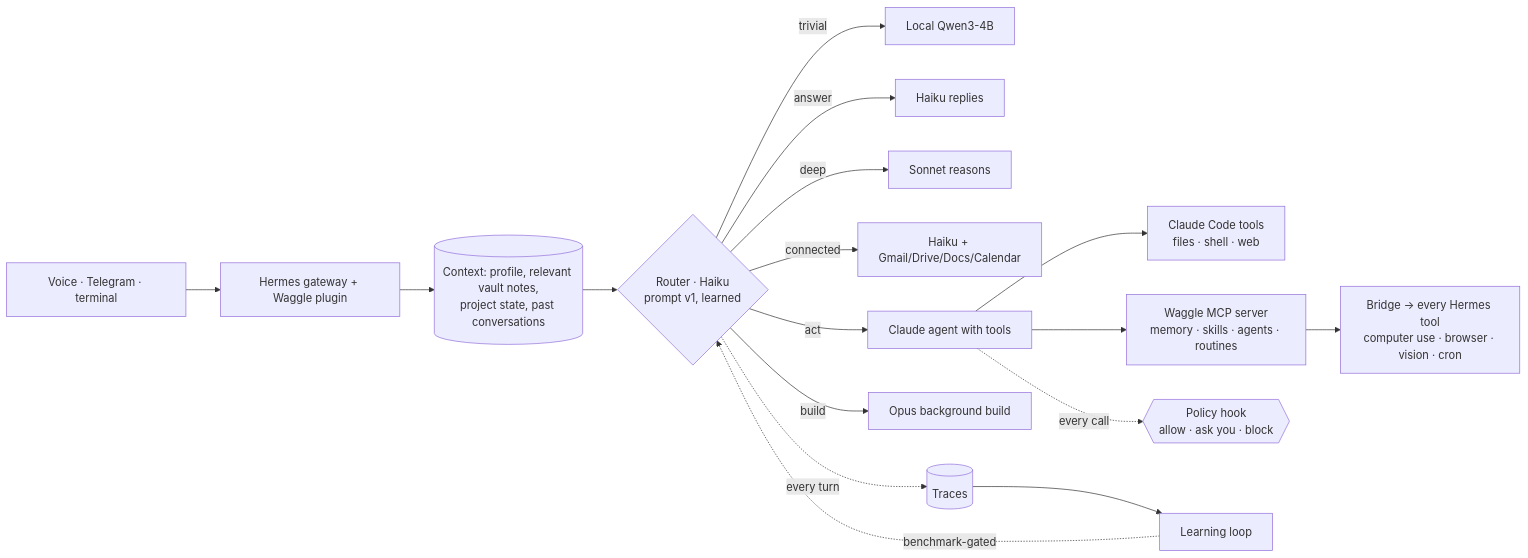
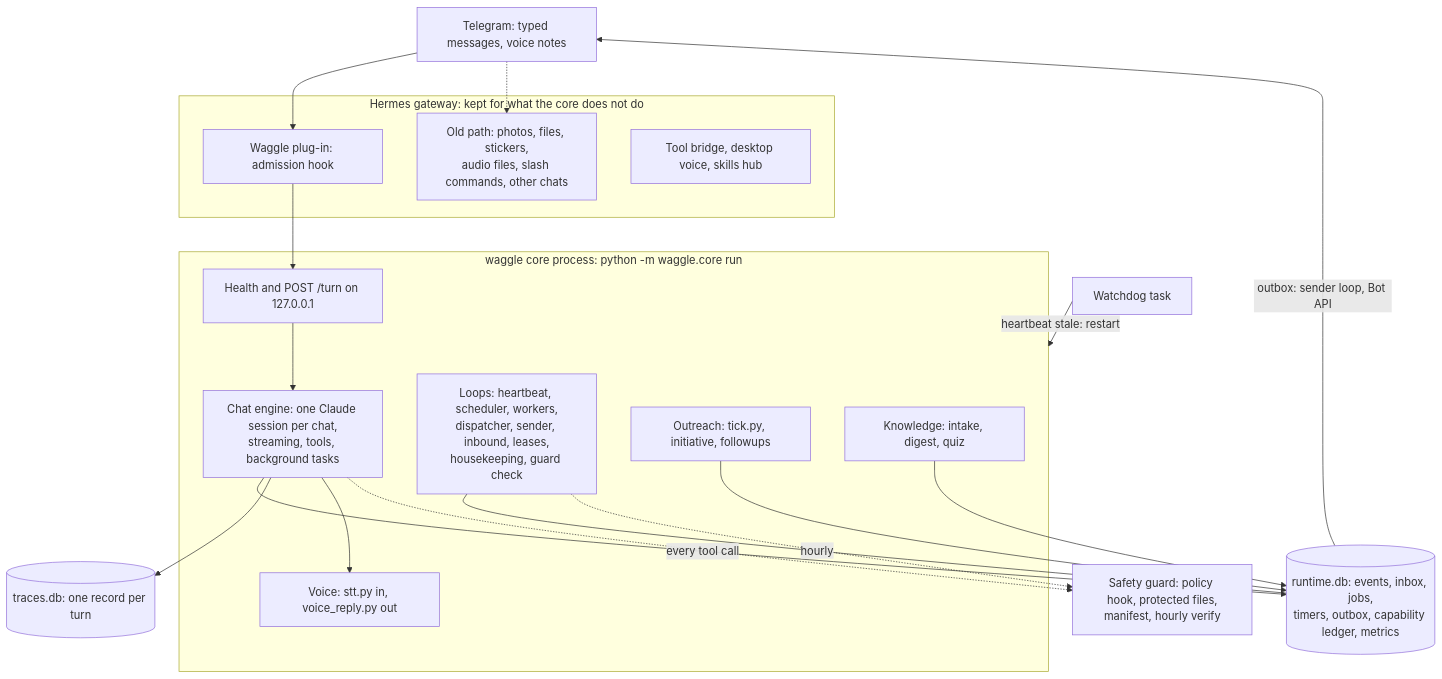
One commit to LILRINO71/waggle changed the diagram in README.md. Above: the diagram before and after it, drawn with Mermaid. The commit also changed other lines of this file, not shown here.

Commit message:
README rewritten from the code, the handoff and the rebuild plan

````diff
--- a/README.md
+++ b/README.md
@@ -16,18 +16,34 @@
 ```mermaid
-flowchart LR
-    U[Voice · Telegram · terminal] --> H[Hermes gateway + Waggle plugin]
-    H --> C[(Context: profile, relevant vault notes,<br/>project state, past conversations)]
-    C --> R{Router · Haiku<br/>prompt v1, learned}
-    R -- trivial --> L[Local Qwen3-4B]
-    R -- answer --> A[Haiku replies]
-    R -- deep --> S[Sonnet reasons]
-    R -- connected --> G[Haiku + Gmail/Drive/Docs/Calendar]
-    R -- act --> AG[Claude agent with tools]
-    R -- build --> O[Opus background build]
-    AG --> T1[Claude Code tools<br/>files · shell · web]
-    AG --> T2[Waggle MCP server<br/>memory · skills · agents · routines]
-    T2 --> B[Bridge → every Hermes tool<br/>computer use · browser · vision · cron]
-    AG -. every call .-> P{{Policy hook<br/>allow · ask you · block}}
-    R -. every turn .-> TR[(Traces)] --> LR[Learning loop]
-    LR -. benchmark-gated .-> R
+flowchart TB
+    TG[Telegram: typed messages, voice notes]
+    subgraph GW[Hermes gateway: kept for what the core does not do]
+        HOOK[Waggle plug-in: admission hook]
+        OLD[Old path: photos, files, stickers,<br/>audio files, slash commands, other chats]
+        BR[Tool bridge, desktop voice, skills hub]
+    end
+    subgraph CORE[waggle core process: python -m waggle.core run]
+        LOOPS[Loops: heartbeat, scheduler, workers,<br/>dispatcher, sender, inbound, leases,<br/>housekeeping, guard check]
+        ENG[Chat engine: one Claude session per chat,<br/>streaming, tools, background tasks]
+        VOICE[Voice: stt.py in, voice_reply.py out]
+        OUT[Outreach: tick.py, initiative, followups]
+        KNOW[Knowledge: intake, digest, quiz]
+        HEALTH[Health and POST /turn on 127.0.0.1]
+    end
+    DB[(runtime.db: events, inbox, jobs,<br/>timers, outbox, capability ledger, metrics)]
+    TR[(traces.db: one record per turn)]
+    GUARD[Safety guard: policy hook, protected files,<br/>manifest, hourly verify]
+    WD[Watchdog task]
+    TG --> HOOK --> HEALTH
+    HEALTH --> ENG
+    TG -.-> OLD
+    LOOPS --- DB
+    ENG --> DB
+    ENG --> TR
+    ENG --> VOICE
+    OUT --> DB
+    KNOW --> DB
+    DB -->|outbox: sender loop, Bot API| TG
+    ENG -. every tool call .-> GUARD
+    LOOPS -. hourly .-> GUARD
+    WD -->|heartbeat stale: restart| CORE
 ```
````
